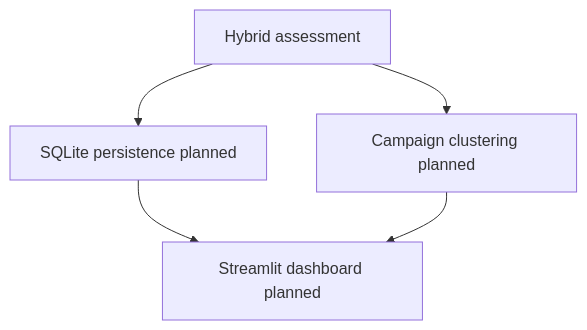
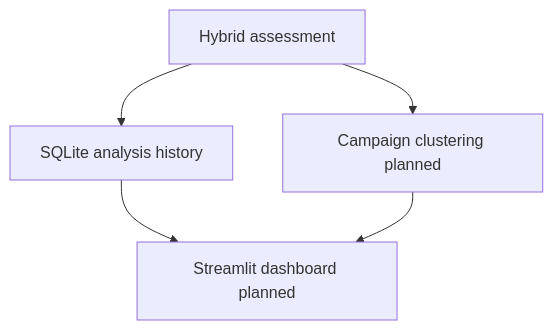
One commit to ConquestorYa/threatfusion-ai changed the fourth of 4 diagrams in docs/ARCHITECTURE.md. Above: the diagram before and after it, drawn with Mermaid. The commit also changed other lines of this file, not shown here.

Commit message:
docs: add SQLite analysis history

````diff
--- a/docs/ARCHITECTURE.md
+++ b/docs/ARCHITECTURE.md
@@ -74,7 +74,7 @@
 ```mermaid
 flowchart TD
-    Hybrid[Hybrid assessment] --> Persist[SQLite persistence planned]
+    Hybrid[Hybrid assessment] --> Persist[SQLite analysis history]
     Hybrid --> Cluster[Campaign clustering planned]
     Persist --> Dashboard[Streamlit dashboard planned]
     Cluster --> Dashboard
 ```
````
